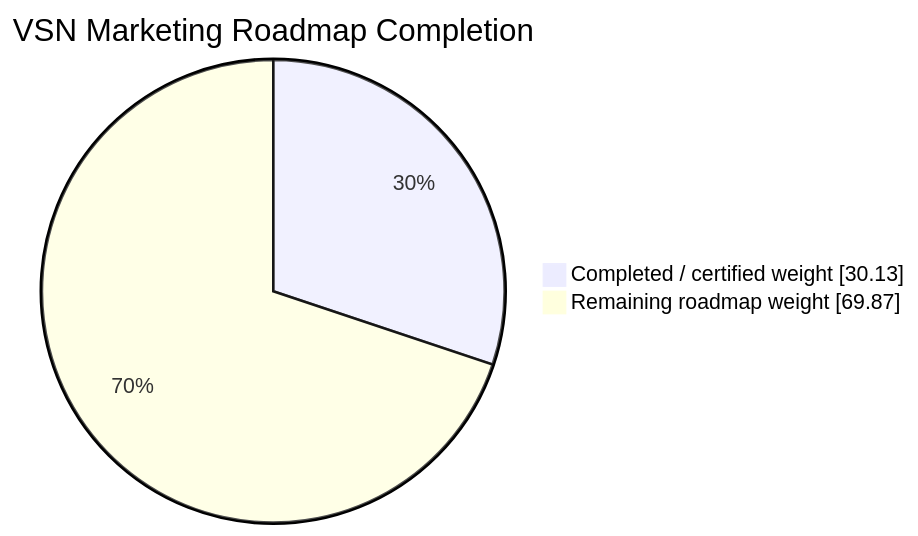
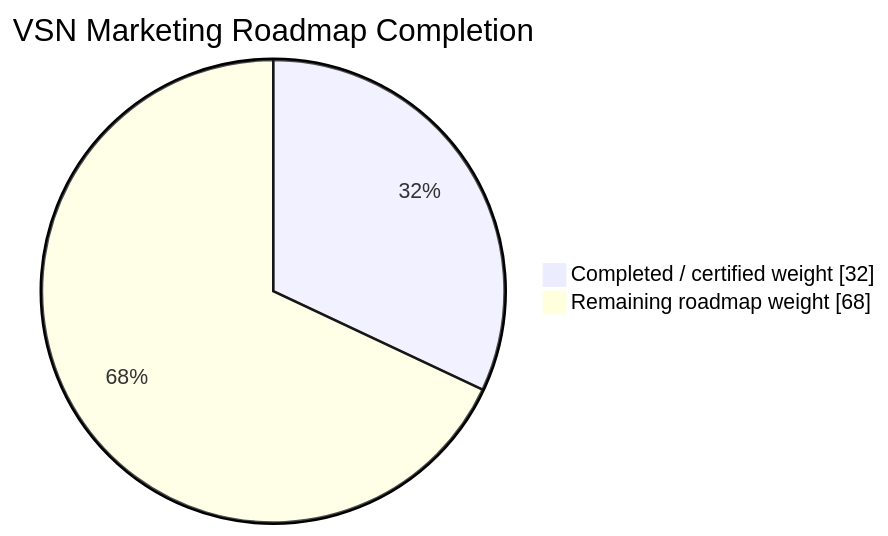
The diagram in README.md (Vertex-Systems-Network/vsn-marketing), drawn with Mermaid before and after one commit. The commit also changed other lines of this file, not shown here.

````diff
--- a/README.md
+++ b/README.md
@@ -22,6 +22,6 @@
 ```mermaid
 pie showData
     title VSN Marketing Roadmap Completion
-    "Completed / certified weight" : 30.13
-    "Remaining roadmap weight" : 69.87
+    "Completed / certified weight" : 32.00
+    "Remaining roadmap weight" : 68.00
 ```
````
